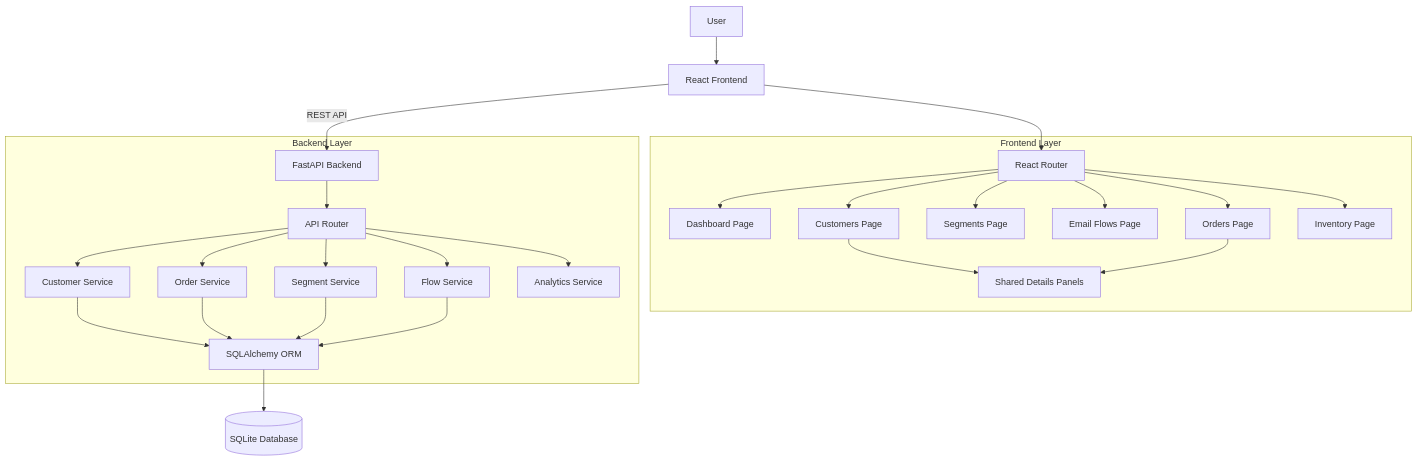
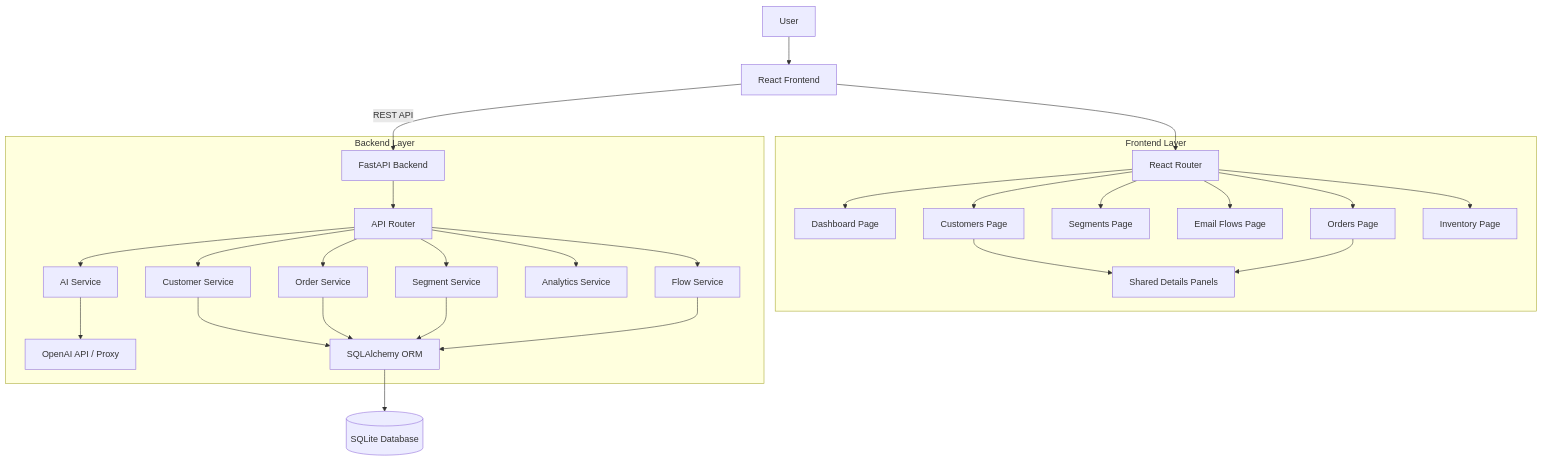
Before and after one commit to arjunsah21/hyperverge-cdp: the first of 2 diagrams in DESIGN.md, drawn with Mermaid. The commit also changed other lines of this file, not shown here.

First line of the commit message:
docs: Update Design Architecture

````diff
--- a/DESIGN.md
+++ b/DESIGN.md
@@ -12,31 +12,34 @@
 ```mermaid
 graph TD
     User[User] --> Frontend[React Frontend]
     Frontend --> Router[React Router]
     
     subgraph "Frontend Layer"
         Router --> Dashboard[Dashboard Page]
         Router --> Customers[Customers Page]
         Router --> Segments[Segments Page]
         Router --> Flows[Email Flows Page]
         Router --> Orders[Orders Page]
         Router --> Inventory[Inventory Page]
         
         Customers & Orders --> DetailsPanel[Shared Details Panels]
     end
     
     Frontend -->|REST API| Backend[FastAPI Backend]
     
     subgraph "Backend Layer"
         Backend --> APIRouter[API Router]
         APIRouter --> CustomerSVC[Customer Service]
         APIRouter --> OrderSVC[Order Service]
         APIRouter --> SegmentSVC[Segment Service]
         APIRouter --> FlowSVC[Flow Service]
+
         APIRouter --> AnalyticsSVC[Analytics Service]
+        APIRouter --> AISVC[AI Service]
         
+        AISVC --> OpenAI[OpenAI API / Proxy]
         CustomerSVC & OrderSVC & SegmentSVC & FlowSVC --> ORM[SQLAlchemy ORM]
     end
     
     ORM --> DB[(SQLite Database)]
 ```
````
